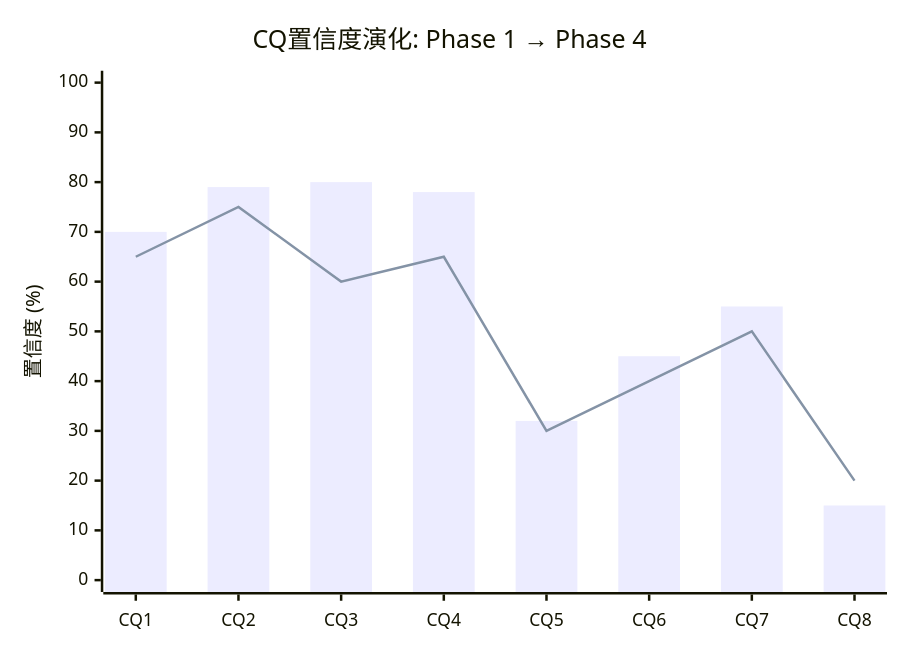
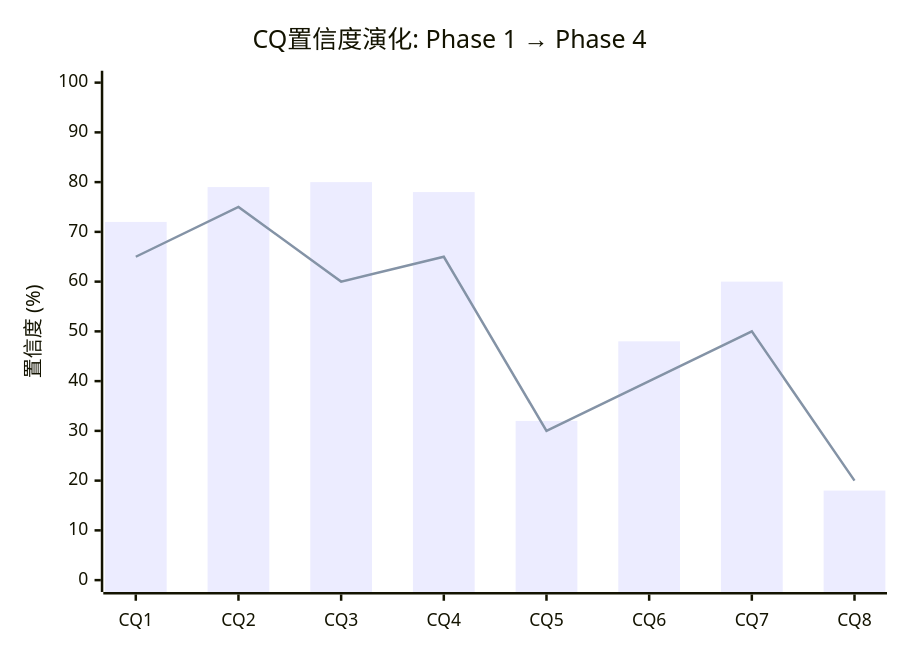
One commit to miltonnewyork25-afk/investment-master changed the first of 2 diagrams in reports/MSCI/staging/v3_Phase4_Ch26.md. Above: the diagram before and after it, drawn with Mermaid. The commit also changed other lines of this file and 3 other files, not shown here.

````diff
--- a/reports/MSCI/staging/v3_Phase4_Ch26.md
+++ b/reports/MSCI/staging/v3_Phase4_Ch26.md
@@ -175,8 +193,8 @@
 ```mermaid
 xychart-beta
     title "CQ置信度演化: Phase 1 → Phase 4"
     x-axis ["CQ1", "CQ2", "CQ3", "CQ4", "CQ5", "CQ6", "CQ7", "CQ8"]
     y-axis "置信度 (%)" 0 --> 100
-    bar [70, 79, 80, 78, 32, 45, 55, 15]
+    bar [72, 79, 80, 78, 32, 48, 60, 18]
     line [65, 75, 60, 65, 30, 40, 50, 20]
 ```
````
